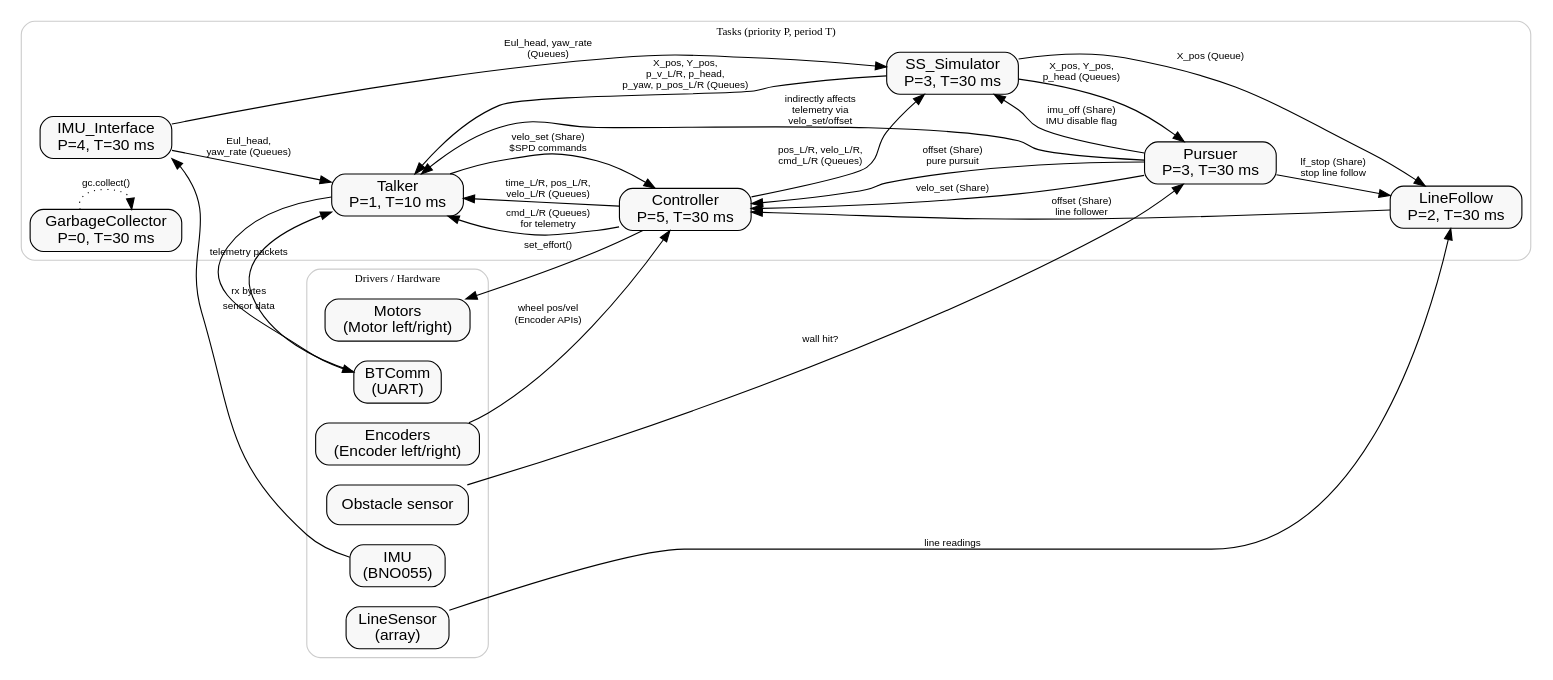
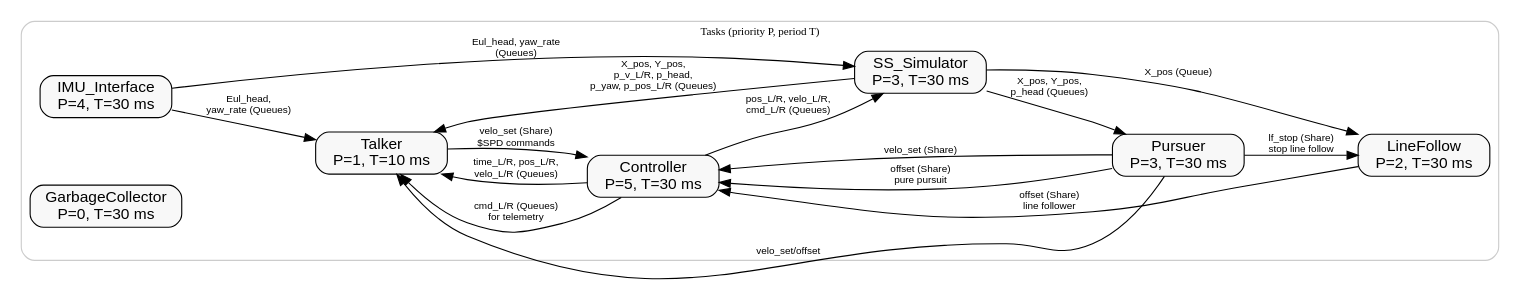
One commit to andrewthegr8/Term-Project-ME-405 changed the diagram in docs/source/main-program.rst. Above: the diagram before and after it, drawn with Graphviz. The commit also changed other lines of this file and 1 other file, not shown here.

Commit message:
Fix typos and improve clarity in STM32 pin documentation; update USB communication description

```diff
--- a/docs/source/main-program.rst
+++ b/docs/source/main-program.rst
@@ -65,55 +65,17 @@
        style = "rounded";
        color = "#cccccc";
 
-       Talker       [label="Talker\nP=1, T=10 ms"];
-       IMU_Interface[label="IMU_Interface\nP=4, T=30 ms"];
-       Controller   [label="Controller\nP=5, T=30 ms"];
-       LineFollow   [label="LineFollow\nP=2, T=30 ms"];
-       Pursuer      [label="Pursuer\nP=3, T=30 ms"];
-       SS_Simulator [label="SS_Simulator\nP=3, T=30 ms"];
-       Garbage      [label="GarbageCollector\nP=0, T=30 ms"];
-     }
-
-     // =========================
-     // Drivers / hardware
-     // =========================
-     subgraph cluster_drivers {
-       label = "Drivers / Hardware";
-       style = "rounded";
-       color = "#cccccc";
-
-       MotorDrv   [label="Motors\n(Motor left/right)"];
-       EncoderDrv [label="Encoders\n(Encoder left/right)"];
-       IMUDrv     [label="IMU\n(BNO055)"];
-       LineSens   [label="LineSensor\n(array)"];
-       BTDrv      [label="BTComm\n(UART)"];
-       ObstSens   [label="Obstacle sensor"];
+       Talker        [label="Talker\nP=1, T=10 ms"];
+       IMU_Interface [label="IMU_Interface\nP=4, T=30 ms"];
+       Controller    [label="Controller\nP=5, T=30 ms"];
+       LineFollow    [label="LineFollow\nP=2, T=30 ms"];
+       Pursuer       [label="Pursuer\nP=3, T=30 ms"];
+       SS_Simulator  [label="SS_Simulator\nP=3, T=30 ms"];
+       Garbage       [label="GarbageCollector\nP=0, T=30 ms"];
      }
 
      // Common edge style
      edge [fontname="Helvetica", fontsize=9];
-
-     // =========================
-     // Task <-> Driver interactions
-     // =========================
-
-     // Talker <-> Bluetooth
-     BTDrv   -> Talker      [label="rx bytes"];
-     Talker  -> BTDrv       [label="telemetry packets"];
-
-     // IMU interface
-     IMUDrv      -> IMU_Interface [label="sensor data"];
-     IMU_Interface -> SS_Simulator [label="Eul_head, yaw_rate\n(Queues)"];
-
-     // Controller <-> motors/encoders
-     EncoderDrv  -> Controller    [label="wheel pos/vel\n(Encoder APIs)"];
-     Controller  -> MotorDrv      [label="set_effort()"];
-
-     // Line sensor
-     LineSens    -> LineFollow    [label="line readings"];
-
-     // Obstacle sensor
-     ObstSens    -> Pursuer       [label="wall hit?"];
 
      // =========================
      // Shares / queues as labeled data flows
@@ -131,15 +93,13 @@
      // Line-follower enable flag
      Pursuer     -> LineFollow    [label="lf_stop (Share)\nstop line follow"];
 
-     // IMU disable flag to SS model
-     Pursuer     -> SS_Simulator  [label="imu_off (Share)\nIMU disable flag"];
+     // IMU interface to others
+     IMU_Interface -> SS_Simulator [label="Eul_head, yaw_rate\n(Queues)"];
+     IMU_Interface -> Talker       [label="Eul_head,\nyaw_rate (Queues)"];
 
      // Wheel logs from controller
      Controller  -> Talker        [label="time_L/R, pos_L/R,\nvelo_L/R (Queues)"];
      Controller  -> SS_Simulator  [label="pos_L/R, velo_L/R,\ncmd_L/R (Queues)"];
-
-     // IMU heading / yaw to others
-     IMU_Interface -> Talker      [label="Eul_head,\nyaw_rate (Queues)"];
 
      // State-space outputs
      SS_Simulator -> Talker       [label="X_pos, Y_pos,\np_v_L/R, p_head,\np_yaw, p_pos_L/R (Queues)"];
@@ -147,8 +107,6 @@
      SS_Simulator -> Pursuer      [label="X_pos, Y_pos,\np_head (Queues)"];
 
      // Pursuer adjusts commands
-     Pursuer     -> Talker        [label="indirectly affects\ntelemetry via\nvelo_set/offset"];
+     Pursuer     -> Talker        [label="velo_set/offset"];
 
-     // Garbage collector (background)
-     Garbage     -> Garbage       [style=dotted, label="gc.collect()"];
    }
```
